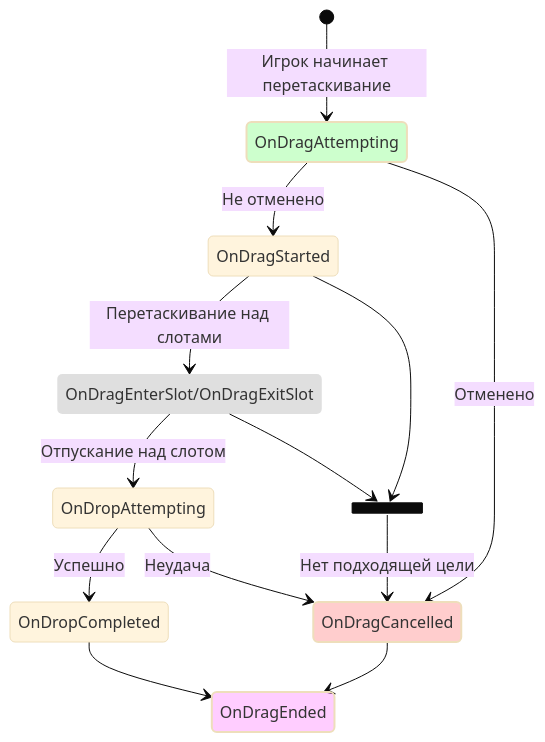
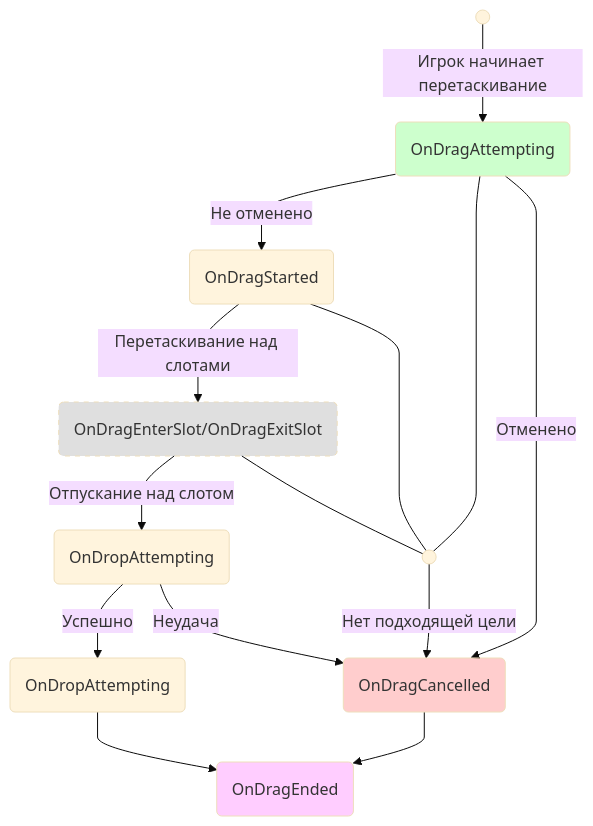
Before and after one commit to SergeevSergey99/DragAndDropSystem-Docs: the first of 2 diagrams in .docs/content/reference/events.md, drawn with Mermaid (base theme). The commit also changed 1 other file, not shown here.

Commit message:
Еще фикс графа

````diff
--- a/.docs/content/reference/events.md
+++ b/.docs/content/reference/events.md
@@ -9,31 +9,36 @@
 ```mermaid
-stateDiagram-v2
-    classDef dragEnded fill:#f4f4,stroke-width:2px
-    classDef dragCancelled fill:#f444,stroke-width:2px
-    classDef dragStarted fill:#4F44,stroke-width:2px
-    classDef dragOver fill:#8884,stroke-width:0px
+---
+config:
+  flowchart:
+    curve: monotoneY 
+---
+flowchart TD
+    StartPoint@{ shape: sm-circ, label: "Start" }
+    NoTargetPoint@{ shape: sm-circ, label: "Start" }
+    OnDragAttempting@{ shape: rounded, label: "OnDragAttempting" }
+    style OnDragAttempting fill:#4F44
+    OnDragStarted@{ shape: rounded, label: "OnDragStarted" }
+    OnDragCancelled@{ shape: rounded, label: "OnDragCancelled" }
+    style OnDragCancelled fill:#f444
+    DragOver@{ shape: rounded, label: "OnDragEnterSlot/OnDragExitSlot" }
+    style DragOver fill:#8884, stroke-dasharray: 5 5
+    OnDropAttempting@{ shape: rounded, label: "OnDropAttempting" }
+    OnDropCompleted@{ shape: rounded, label: "OnDropAttempting" }
+    OnDragEnded@{ shape: rounded, label: "OnDragEnded" }
+    style OnDragEnded fill:#f4f4
 
-    DragOver: OnDragEnterSlot/OnDragExitSlot
-
-    state join_state <<join>>
-
-    [*] --> OnDragAttempting: Игрок начинает перетаскивание
-    OnDragAttempting --> OnDragStarted: Не отменено
-    OnDragAttempting --> OnDragCancelled: Отменено
-    OnDragStarted --> DragOver: Перетаскивание над слотами
-    DragOver --> OnDropAttempting: Отпускание над слотом
-    
-    DragOver --> join_state
-    OnDragStarted --> join_state
-    join_state --> OnDragCancelled: Нет подходящей цели
-
-    OnDropAttempting --> OnDropCompleted: Успешно
-    OnDropAttempting --> OnDragCancelled: Неудача
+    StartPoint --> |Игрок начинает перетаскивание|OnDragAttempting
+    OnDragAttempting --> |Не отменено| OnDragStarted
+    NoTargetPoint --> |Нет подходящей цели| OnDragCancelled
+    OnDragStarted --> |Перетаскивание над слотами| DragOver
+    DragOver --> |Отпускание над слотом| OnDropAttempting
+    OnDragAttempting --- NoTargetPoint
+    OnDragStarted --- NoTargetPoint
+    DragOver --- NoTargetPoint
+    OnDragAttempting --> |Отменено| OnDragCancelled
+    OnDropAttempting --> |Успешно| OnDropCompleted
+    OnDropAttempting --> |Неудача| OnDragCancelled
     OnDropCompleted --> OnDragEnded
     OnDragCancelled --> OnDragEnded
-
-    class DragOver dragOver
-    class OnDragAttempting dragStarted
-    class OnDragCancelled dragCancelled
-    class OnDragEnded dragEnded
+    
 ```
````
